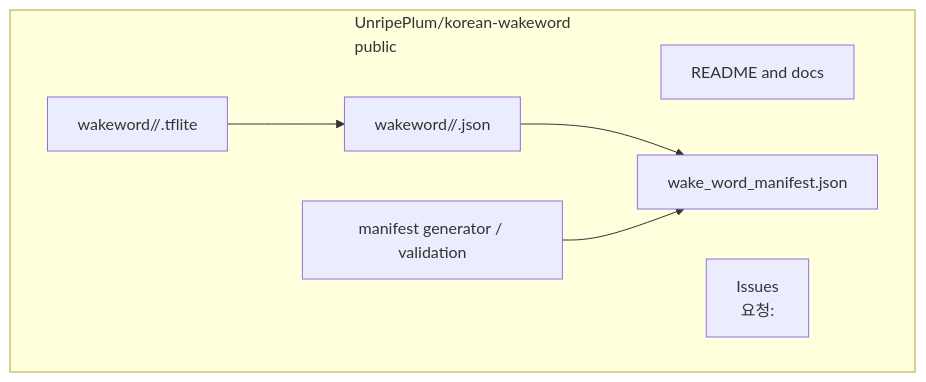
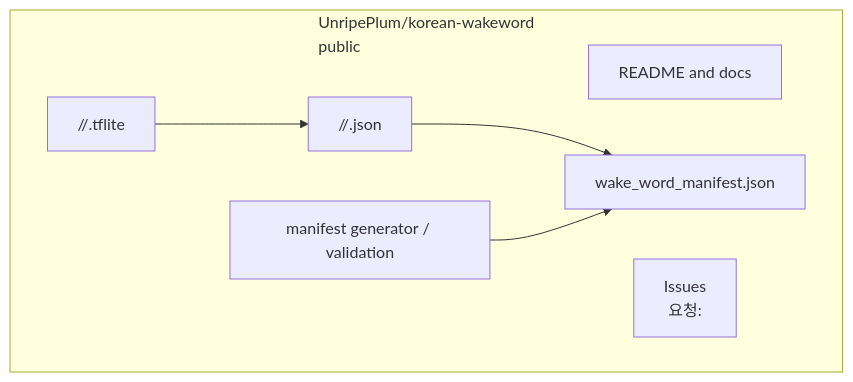
One commit to UnripePlum/korean-wakeword changed the second of 2 diagrams in docs/ARCHITECTURE.md. Above: the diagram before and after it, drawn with Mermaid. The commit also changed other lines of this file and 3 other files, not shown here.

````diff
--- a/docs/ARCHITECTURE.md
+++ b/docs/ARCHITECTURE.md
@@ -26,15 +26,15 @@
 ```mermaid
 flowchart TD
     subgraph PROD["UnripePlum/korean-wakeword<br/>public"]
         A["README and docs"]
         B["Issues<br/>요청: <wakeword>"]
-        C["wakeword/<date>/<slug>.json"]
-        D["wakeword/<date>/<slug>.tflite"]
+        C["<slug>/<date>/<slug>.json"]
+        D["<slug>/<date>/<slug>.tflite"]
         E["wake_word_manifest.json"]
         F["manifest generator / validation"]
     end
 
     C --> E
     D --> C
     F --> E
 ```
````
